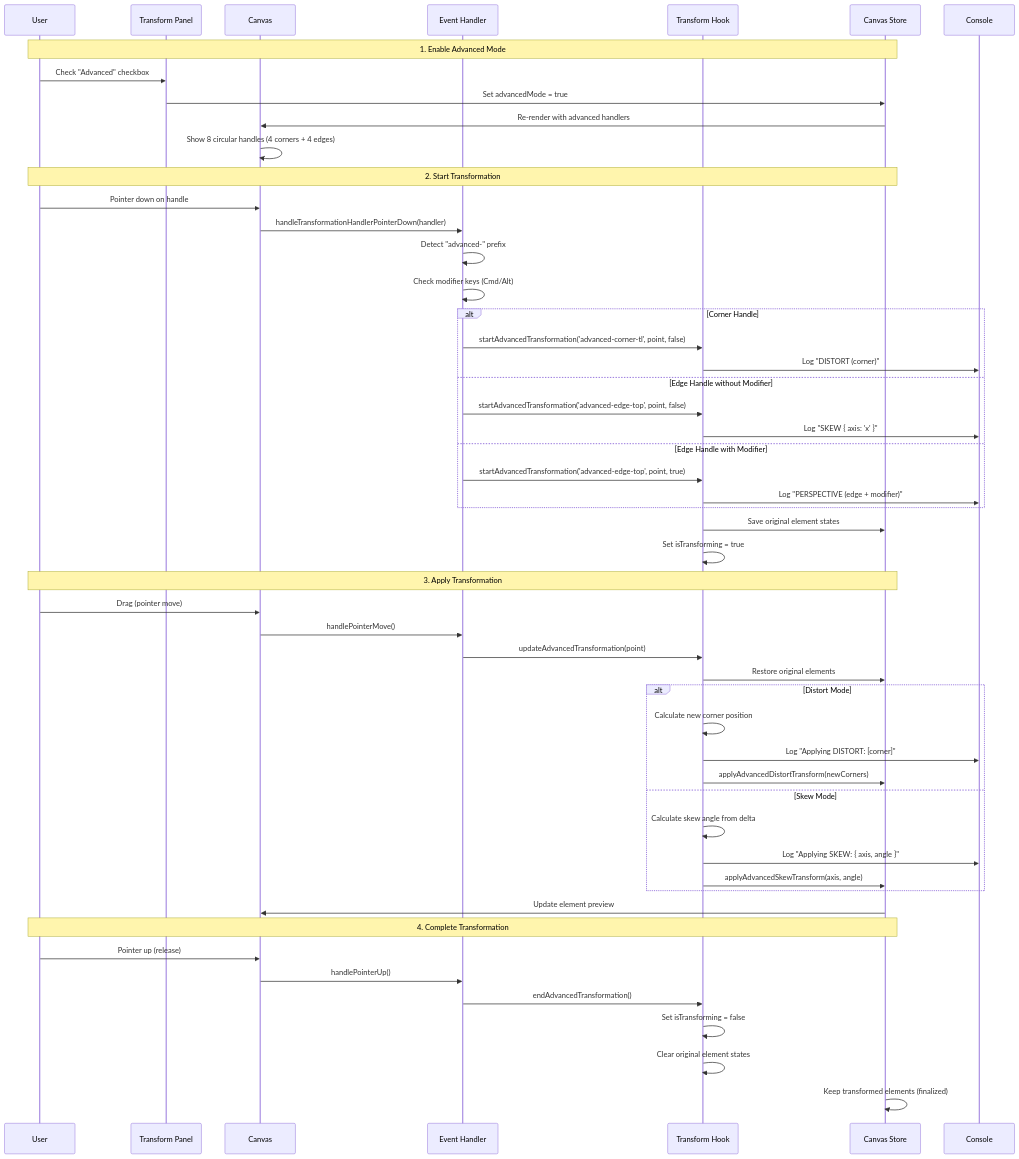
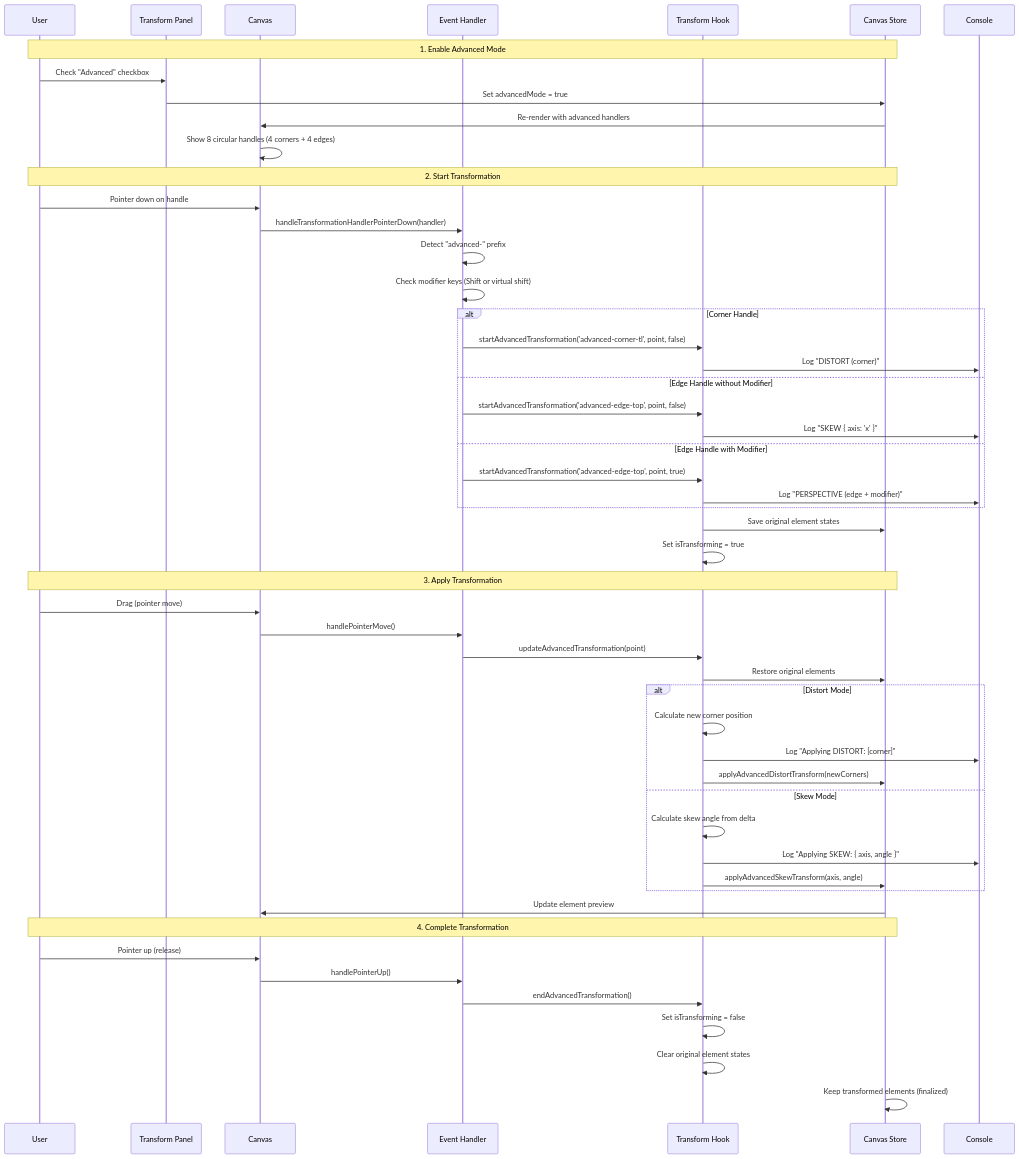
One commit to ekrsulov/ttpe changed the fourth of 4 diagrams in doc/docs/plugins/catalog/transformation.md. Above: the diagram before and after it, drawn with Mermaid. The commit also changed other lines of this file, not shown here.

Commit message:
feat: Update modifier key support in Advanced Mode to include virtual shift for perspective transformations

````diff
--- a/doc/docs/plugins/catalog/transformation.md
+++ b/doc/docs/plugins/catalog/transformation.md
@@ -425,61 +425,61 @@
 ```mermaid
 sequenceDiagram
     participant User
     participant Panel as Transform Panel
     participant Canvas
     participant Handler as Event Handler
     participant Transform as Transform Hook
     participant Store as Canvas Store
     
     Note over User,Store: 1. Enable Advanced Mode
     User->>Panel: Check "Advanced" checkbox
     Panel->>Store: Set advancedMode = true
     Store->>Canvas: Re-render with advanced handlers
     Canvas->>Canvas: Show 8 circular handles (4 corners + 4 edges)
     
     Note over User,Store: 2. Start Transformation
     User->>Canvas: Pointer down on handle
     Canvas->>Handler: handleTransformationHandlerPointerDown(handler)
     Handler->>Handler: Detect "advanced-" prefix
-    Handler->>Handler: Check modifier keys (Cmd/Alt)
+    Handler->>Handler: Check modifier keys (Shift or virtual shift)
     
     alt Corner Handle
         Handler->>Transform: startAdvancedTransformation('advanced-corner-tl', point, false)
         Transform->>Console: Log "DISTORT (corner)"
     else Edge Handle without Modifier
         Handler->>Transform: startAdvancedTransformation('advanced-edge-top', point, false)
         Transform->>Console: Log "SKEW { axis: 'x' }"
     else Edge Handle with Modifier
         Handler->>Transform: startAdvancedTransformation('advanced-edge-top', point, true)
         Transform->>Console: Log "PERSPECTIVE (edge + modifier)"
     end
     
     Transform->>Store: Save original element states
     Transform->>Transform: Set isTransforming = true
     
     Note over User,Store: 3. Apply Transformation
     User->>Canvas: Drag (pointer move)
     Canvas->>Handler: handlePointerMove()
     Handler->>Transform: updateAdvancedTransformation(point)
     Transform->>Store: Restore original elements
     
     alt Distort Mode
         Transform->>Transform: Calculate new corner position
         Transform->>Console: Log "Applying DISTORT: [corner]"
         Transform->>Store: applyAdvancedDistortTransform(newCorners)
     else Skew Mode
         Transform->>Transform: Calculate skew angle from delta
         Transform->>Console: Log "Applying SKEW: { axis, angle }"
         Transform->>Store: applyAdvancedSkewTransform(axis, angle)
     end
     
     Store->>Canvas: Update element preview
     
     Note over User,Store: 4. Complete Transformation
     User->>Canvas: Pointer up (release)
     Canvas->>Handler: handlePointerUp()
     Handler->>Transform: endAdvancedTransformation()
     Transform->>Transform: Set isTransforming = false
     Transform->>Transform: Clear original element states
     Store->>Store: Keep transformed elements (finalized)
 ```
````
